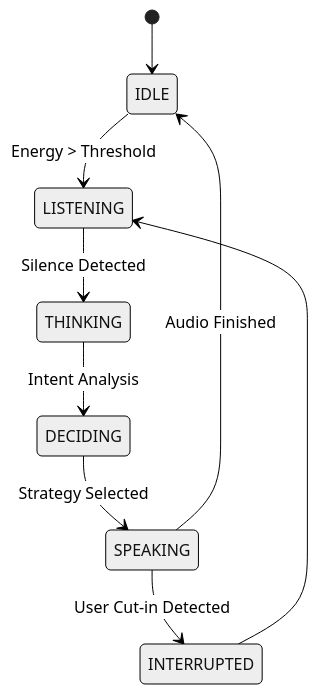
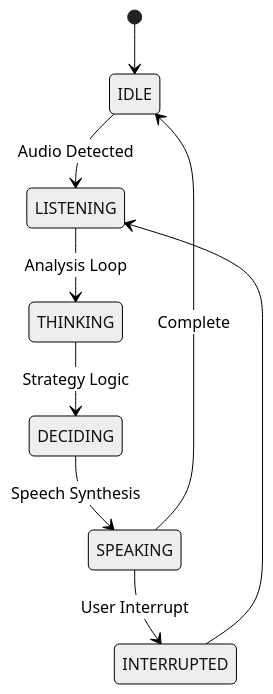
One commit to Srijita-Kyrotics/ai-voice-agent changed the diagram in readme.md. Above: the diagram before and after it, drawn with Mermaid (neutral theme). The commit also changed other lines of this file and 1 other file, not shown here.

````diff
--- a/readme.md
+++ b/readme.md
@@ -16,11 +27,11 @@
 ```mermaid
 stateDiagram-v2
     [*] --> IDLE
-    IDLE --> LISTENING : Energy > Threshold
-    LISTENING --> THINKING : Silence Detected
-    THINKING --> DECIDING : Intent Analysis
-    DECIDING --> SPEAKING : Strategy Selected
-    SPEAKING --> IDLE : Audio Finished
-    SPEAKING --> INTERRUPTED : User Cut-in Detected
+    IDLE --> LISTENING : Audio Detected
+    LISTENING --> THINKING : Analysis Loop
+    THINKING --> DECIDING : Strategy Logic
+    DECIDING --> SPEAKING : Speech Synthesis
+    SPEAKING --> IDLE : Complete
+    SPEAKING --> INTERRUPTED : User Interrupt
     INTERRUPTED --> LISTENING
 ```
````
